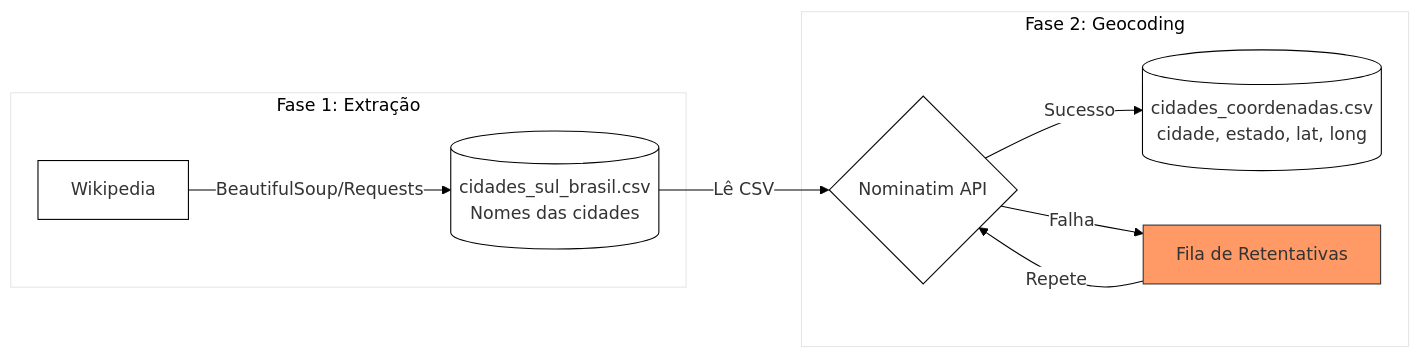
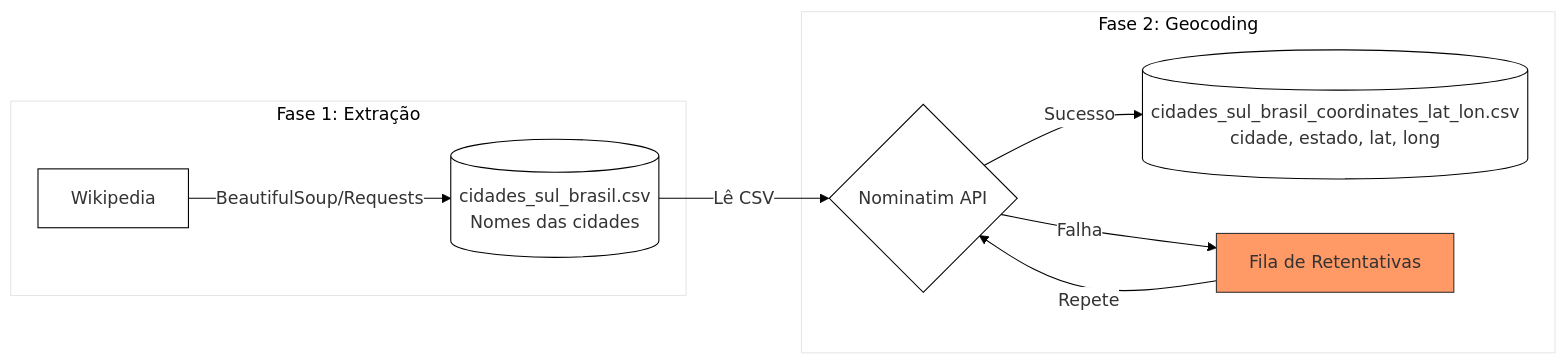
Before and after one commit to luizcaixeta/case_tecnico_10_pasteis: the first of 2 diagrams in README.md, drawn with Mermaid. The commit also changed other lines of this file, not shown here.

````diff
--- a/README.md
+++ b/README.md
@@ -23,16 +23,16 @@
 ```mermaid
 %%{init: {'theme': 'base', 'themeVariables': { 'primaryColor': '#ffffff', 'background': '#ffffff', 'primaryBorderColor': '#000000', 'lineColor': '#000000'}}}%%
 flowchart LR
     subgraph "Fase 1: Extração"
         A[Wikipedia] -->|BeautifulSoup/Requests| B[("cidades_sul_brasil.csv"\nNomes das cidades)]
     end
 
     subgraph "Fase 2: Geocoding"
         B -->|Lê CSV| C{Nominatim API}
-        C -->|Sucesso| D[("cidades_coordenadas.csv"\ncidade, estado, lat, long)]
+        C -->|Sucesso| D[("cidades_sul_brasil_coordinates_lat_lon.csv"\ncidade, estado, lat, long)]
         C -->|Falha| E[Fila de Retentativas]
         E -->|Repete| C
     end
 
     style E fill:#f96,stroke:#333
 ```
````
